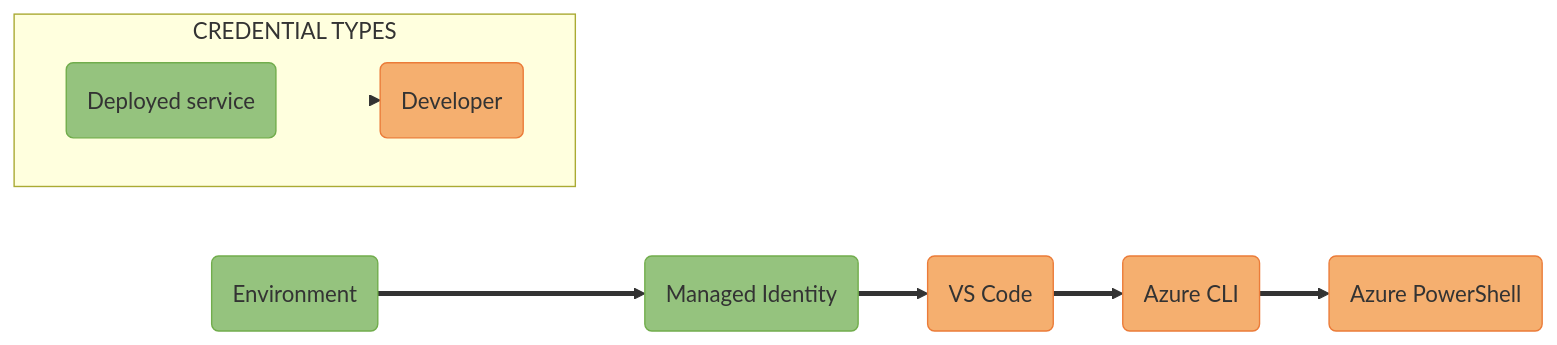
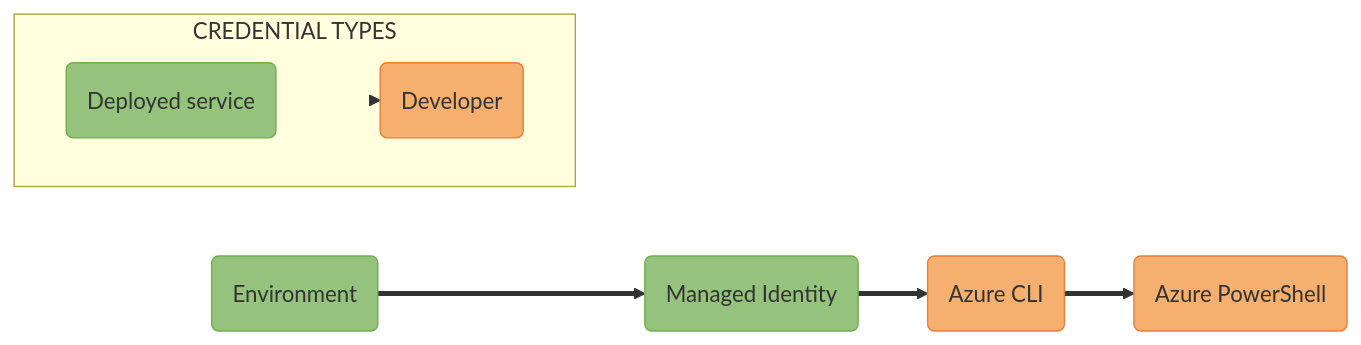
The diagram in sdk/identity/identity/images/mermaidjs/DefaultAzureCredentialAuthFlow.md (Azure/azure-sdk-for-js), drawn with Mermaid before and after one commit. The commit also changed 5 other files, not shown here.

Commit message:
[identity] Remove VSCode credential from Default Azure Credential (#22851)

````diff
--- a/sdk/identity/identity/images/mermaidjs/DefaultAzureCredentialAuthFlow.md
+++ b/sdk/identity/identity/images/mermaidjs/DefaultAzureCredentialAuthFlow.md
@@ -1,28 +1,27 @@
 ```mermaid
 %% STEPS TO GENERATE IMAGE
 %% =======================
 %% 1. Install mermaid CLI (see https://github.com/mermaid-js/mermaid-cli/blob/master/README.md)
 %% 2. Run command: mmdc -i DefaultAzureCredentialAuthFlow.md -o DefaultAzureCredentialAuthFlow.svg
 
 flowchart LR;
-    A(Environment):::deployed ==> B(Managed Identity):::deployed ==> C(VS Code):::developer ==> D(Azure CLI):::developer ==> E(Azure PowerShell):::developer;
+    A(Environment):::deployed ==> B(Managed Identity):::deployed ==> D(Azure CLI):::developer ==> E(Azure PowerShell):::developer;
 
     subgraph CREDENTIAL TYPES;
         direction LR;
         Deployed(Deployed service):::deployed ==> Developer(Developer):::developer;
 
         %% Hide links between boxes in the legend by setting width to 0. The integers after "linkStyle" represent link indices.
-        linkStyle 4 stroke-width:0px;
+        linkStyle 3 stroke-width:0px;
     end;
 
     %% Define styles for credential type boxes
     classDef deployed fill:#95C37E, stroke:#71AD4C;
     classDef developer fill:#F5AF6F, stroke:#EB7C39;
 
     %% Add API ref links to credential type boxes
     click A "https://docs.microsoft.com/javascript/api/@azure/identity/environmentcredential?view=azure-node-latest" _blank;
     click B "https://docs.microsoft.com/javascript/api/@azure/identity/managedidentitycredential?view=azure-node-latest" _blank;
-    click C "https://docs.microsoft.com/javascript/api/@azure/identity/visualstudiocodecredential?view=azure-node-latest" _blank;
     click D "https://docs.microsoft.com/javascript/api/@azure/identity/azureclicredential?view=azure-node-latest" _blank;
     click E "https://docs.microsoft.com/javascript/api/@azure/identity/azurepowershellcredential?view=azure-node-latest" _blank;
 ```
````
